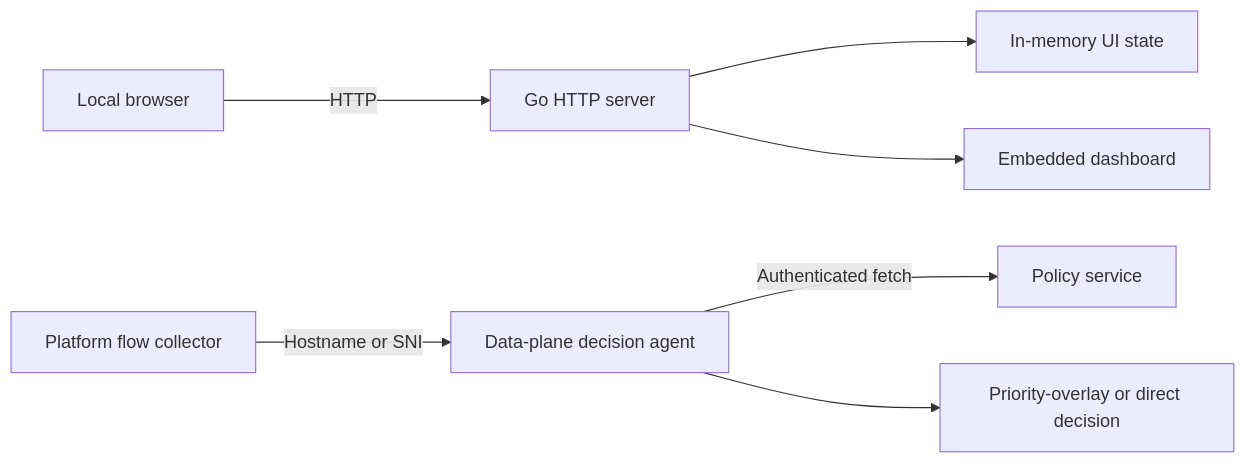
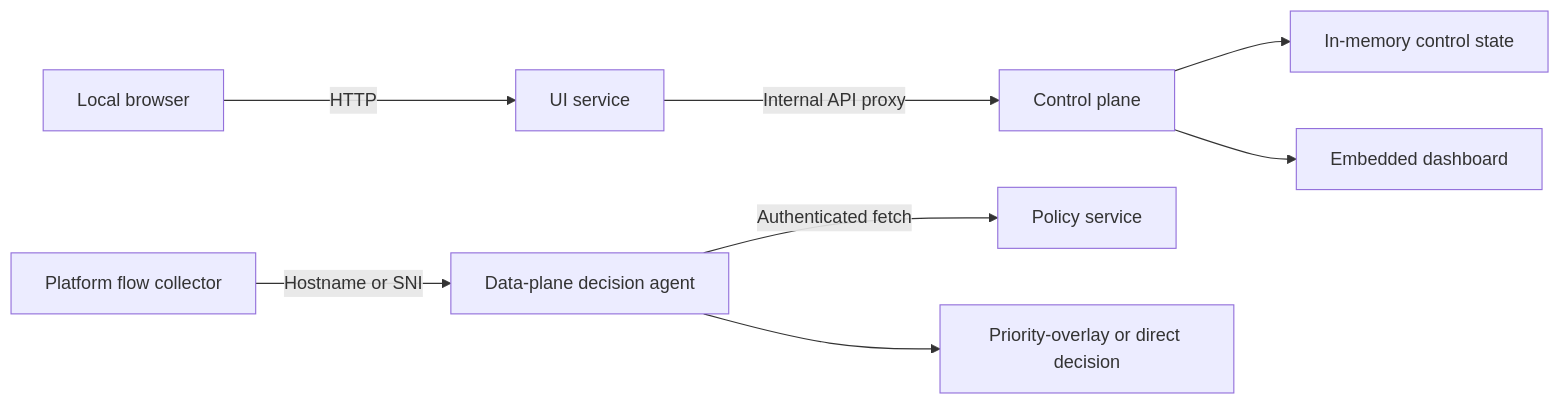
One commit to ranganatha76/sdwan-client-core changed the diagram in DESIGN.md. Above: the diagram before and after it, drawn with Mermaid. The commit also changed other lines of this file and 11 other files, not shown here.

Commit message:
Separate control plane and UI service

````diff
--- a/DESIGN.md
+++ b/DESIGN.md
@@ -9,9 +9,10 @@
 ```mermaid
 flowchart LR
-    Browser[Local browser] -->|HTTP| Server[Go HTTP server]
-    Server --> State[In-memory UI state]
+    Browser[Local browser] -->|HTTP| UI[UI service]
+    UI -->|Internal API proxy| Server[Control plane]
+    Server --> State[In-memory control state]
     Agent[Data-plane decision agent] -->|Authenticated fetch| Policy[Policy service]
     Collector[Platform flow collector] -->|Hostname or SNI| Agent
     Agent --> Decision[Priority-overlay or direct decision]
     Server --> Dashboard[Embedded dashboard]
 ```
````
